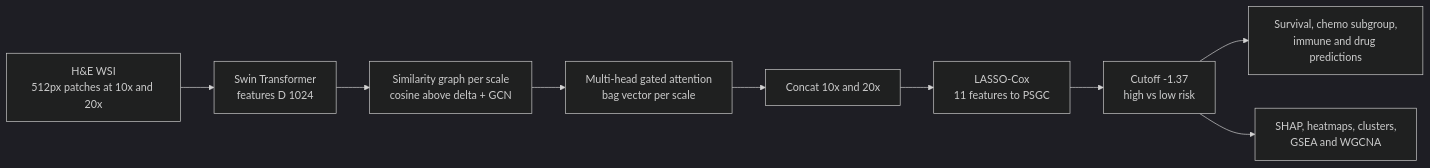
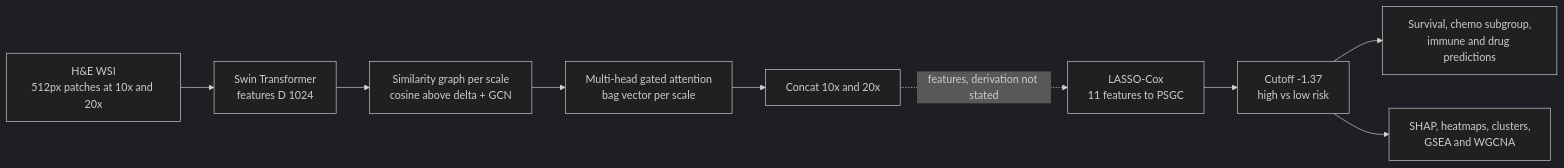
One commit to jasonjin34/Medical_reading_material changed the diagram in docs/papers/pathomics-npjpo-2026/index.md. Above: the diagram before and after it, drawn with Mermaid (dark theme). The commit also changed other lines of this file and 525 other files, not shown here.

````diff
--- a/docs/papers/pathomics-npjpo-2026/index.md
+++ b/docs/papers/pathomics-npjpo-2026/index.md
@@ -32,11 +32,11 @@
 ```mermaid
 flowchart LR
   A["H&E WSI<br/>512px patches at 10x and 20x"] --> B["Swin Transformer<br/>features D 1024"]
   B --> C["Similarity graph per scale<br/>cosine above delta + GCN"]
   C --> D["Multi-head gated attention<br/>bag vector per scale"]
   D --> E["Concat 10x and 20x"]
-  E --> F["LASSO-Cox<br/>11 features to PSGC"]
+  E -. "features, derivation not stated" .-> F["LASSO-Cox<br/>11 features to PSGC"]
   F --> G["Cutoff -1.37<br/>high vs low risk"]
   G --> H["Survival, chemo subgroup,<br/>immune and drug predictions"]
   G --> I["SHAP, heatmaps, clusters,<br/>GSEA and WGCNA"]
 ```
````
